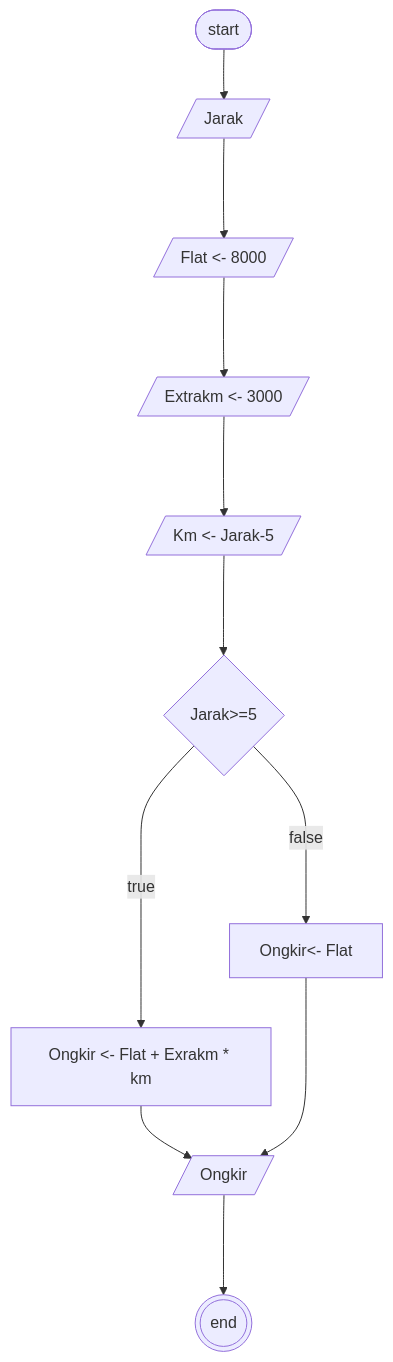
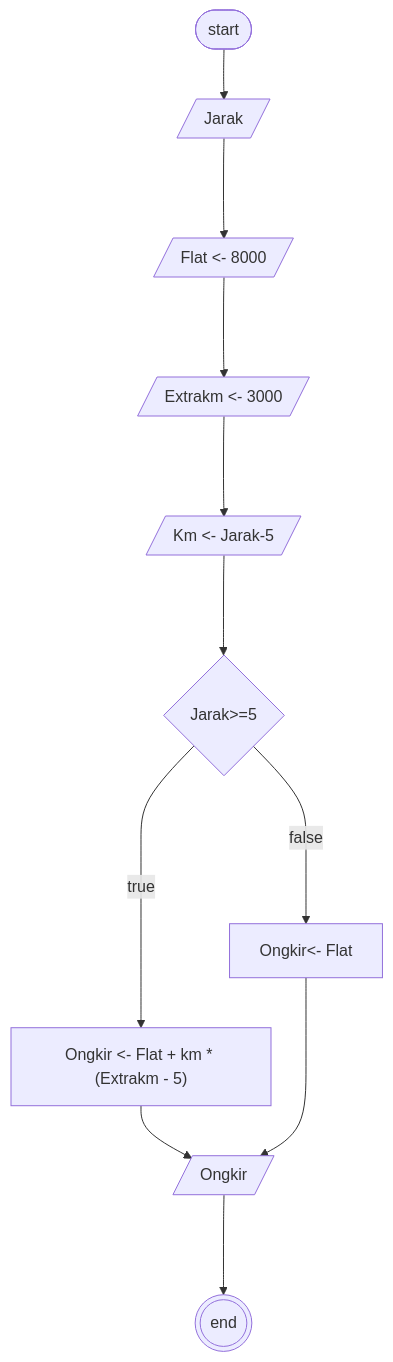
One commit to ghifar1327/koda-b4-algoritma changed the diagram in minitask8.md. Above: the diagram before and after it, drawn with Mermaid. The commit also changed 7 other files, not shown here.

````diff
--- a/minitask8.md
+++ b/minitask8.md
@@ -3,8 +3,8 @@
 ```mermaid
 flowchart TB
-a([start])-->b[/Jarak/]--->c[/Flat <- 8000/]--->d[/Extrakm <- 3000/]--->e[/Km <- Jarak-5/]--->f{Jarak>=5}--->|true|g[Ongkir <- Flat + Exrakm * km ]
+a([start])-->b[/Jarak/]--->c[/Flat <- 8000/]--->d[/Extrakm <- 3000/]--->e[/Km <- Jarak-5/]--->f{Jarak>=5}--->|true|g["Ongkir <- Flat + km * (Extrakm - 5) "]
 f--->|false|h[ Ongkir<- Flat]
 g-->i[/Ongkir/]
 h--->i
 i--->k(((end)))
 ```
````
